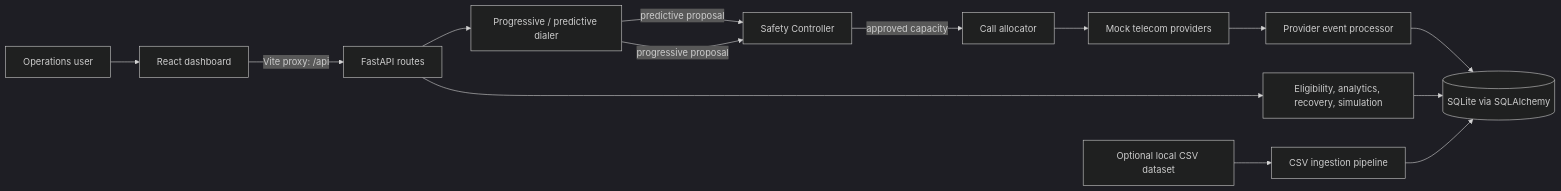
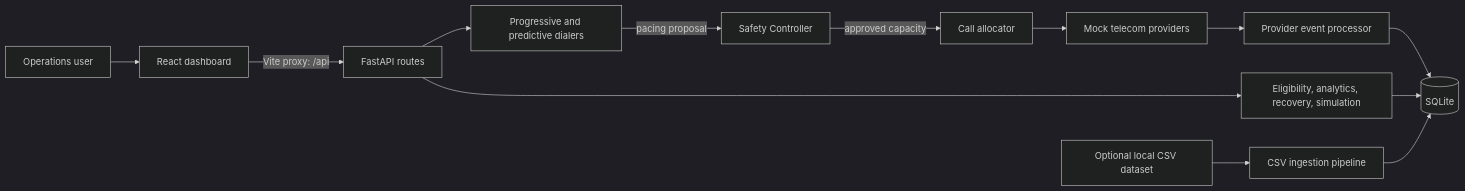
The first of 3 diagrams in README.md (Laasyakatta/smartdialer), drawn with Mermaid (dark theme) before and after one commit. The commit also changed other lines of this file, not shown here.

Commit message:
Polish README and finalize SmartDialer documentation

````diff
--- a/README.md
+++ b/README.md
@@ -55,16 +55,15 @@
 ```mermaid
 flowchart LR
-    Operator[Operations user] --> UI[React dashboard]
-    UI -->|Vite proxy: /api| API[FastAPI routes]
-    API --> Dialing[Progressive / predictive dialer]
-    Dialing -->|predictive proposal| Safety[Safety Controller]
-    Safety -->|approved capacity| Allocator[Call allocator]
-    Dialing -->|progressive proposal| Safety
-    Allocator --> Provider[Mock telecom providers]
-    Provider --> Events[Provider event processor]
-    Events --> DB[(SQLite via SQLAlchemy)]
-    API --> Services[Eligibility, analytics, recovery, simulation]
+    Operator["Operations user"] --> UI["React dashboard"]
+    UI -->|"Vite proxy: /api"| API["FastAPI routes"]
+    API --> Dialing["Progressive and predictive dialers"]
+    Dialing -->|"pacing proposal"| Safety["Safety Controller"]
+    Safety -->|"approved capacity"| Allocator["Call allocator"]
+    Allocator --> Provider["Mock telecom providers"]
+    Provider --> Events["Provider event processor"]
+    Events --> DB[("SQLite")]
+    API --> Services["Eligibility, analytics, recovery, simulation"]
     Services --> DB
-    CSV[Optional local CSV dataset] --> Ingestion[CSV ingestion pipeline]
+    CSV["Optional local CSV dataset"] --> Ingestion["CSV ingestion pipeline"]
     Ingestion --> DB
 ```
````
